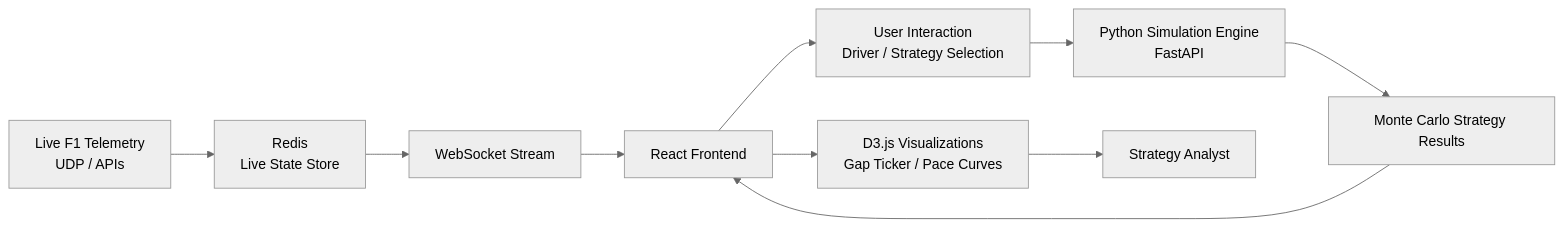
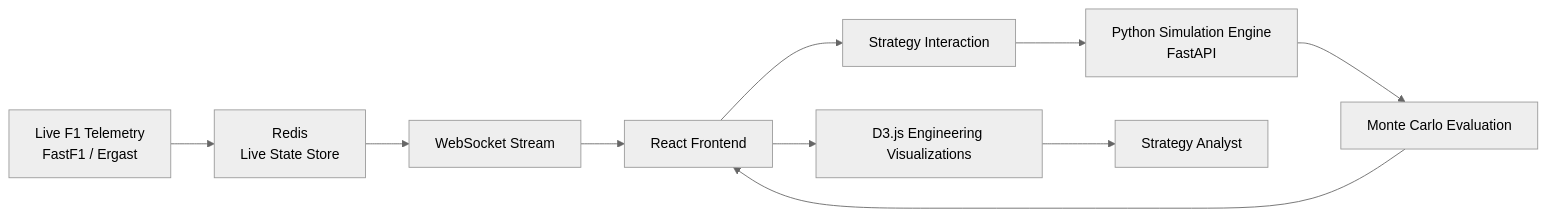
One commit to XVX-016/F1-PREDICT changed the diagram in README.md. Above: the diagram before and after it, drawn with Mermaid (neutral theme). The commit also changed other lines of this file and 21 other files, not shown here.

````diff
--- a/README.md
+++ b/README.md
@@ -43,16 +78,16 @@
 ```mermaid
 flowchart LR
-    A[Live F1 Telemetry<br/>UDP / APIs] --> B[Redis<br/>Live State Store]
+    A[Live F1 Telemetry<br/>FastF1 / Ergast] --> B[Redis<br/>Live State Store]
     B --> C[WebSocket Stream]
 
     C --> D[React Frontend]
-    D --> E[User Interaction<br/>Driver / Strategy Selection]
+    D --> E[Strategy Interaction]
 
     E --> F[Python Simulation Engine<br/>FastAPI]
-    F --> G[Monte Carlo Strategy Results]
+    F --> G[Monte Carlo Evaluation]
 
     G --> D
-    D --> H[D3.js Visualizations<br/>Gap Ticker / Pace Curves]
+    D --> H[D3.js Engineering Visualizations]
 
     H --> I[Strategy Analyst]
 ```
````
